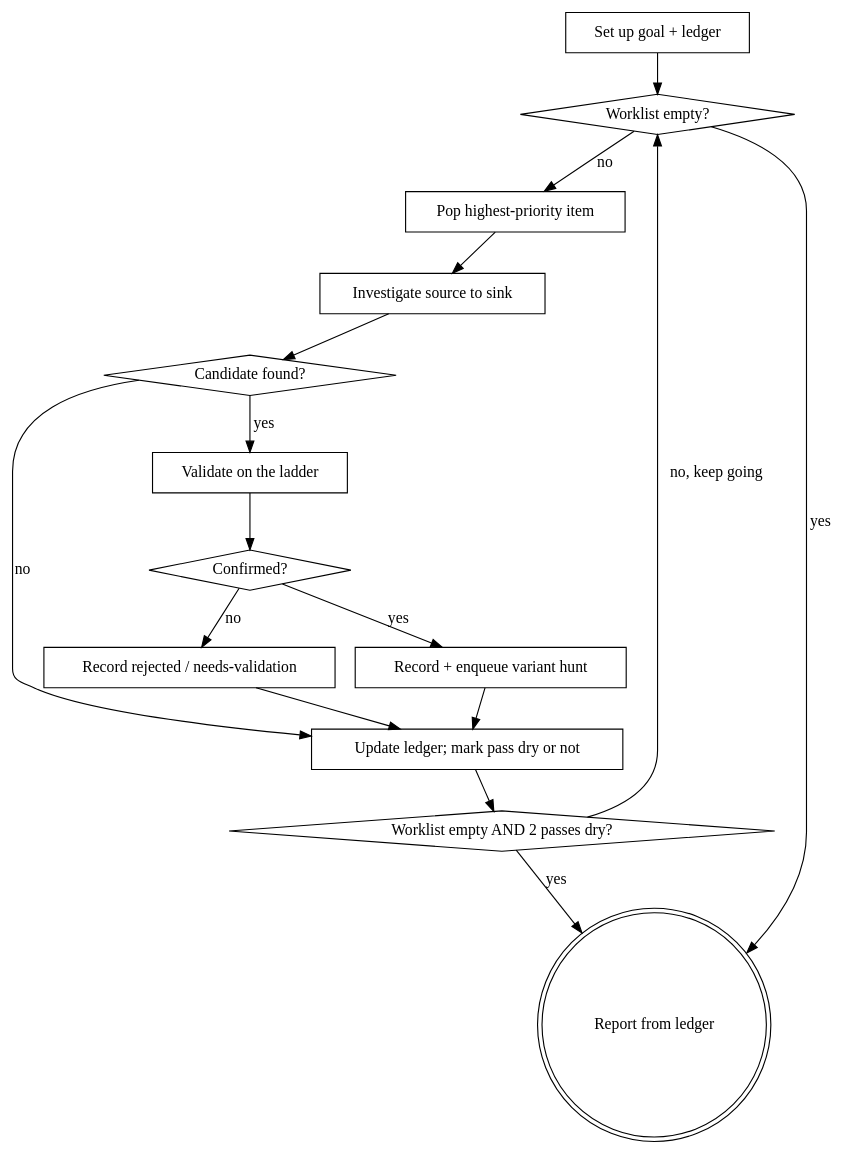
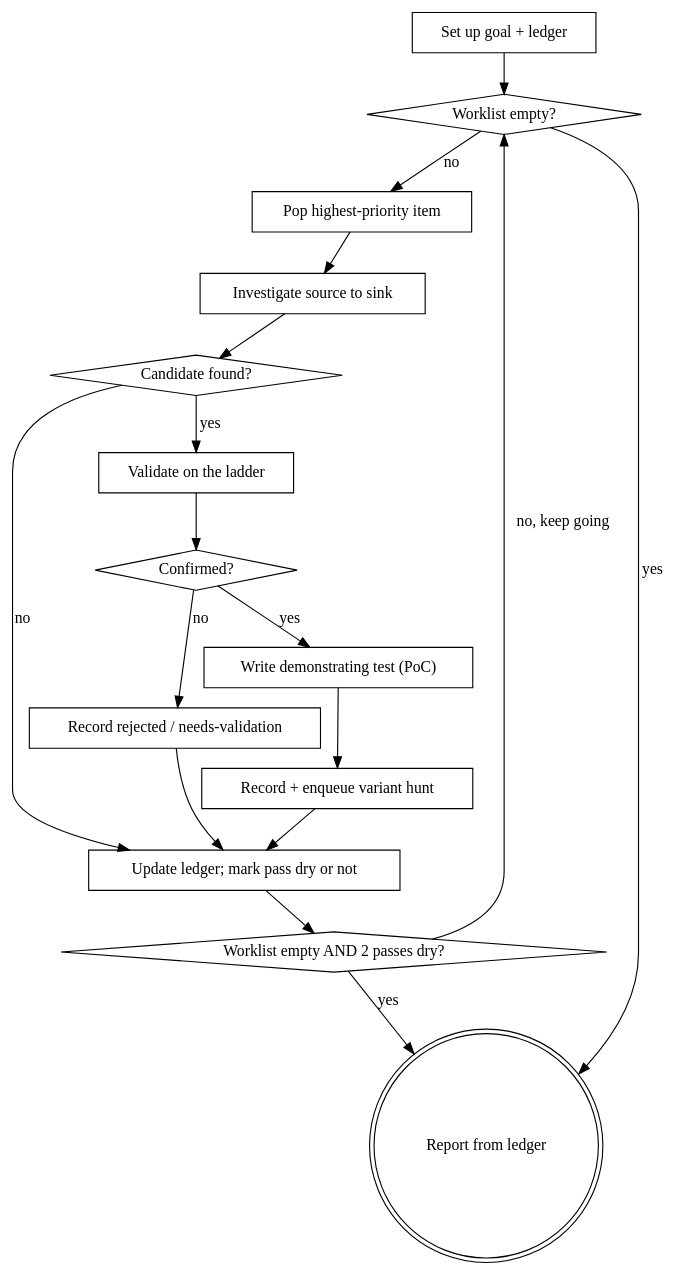
One commit to joshrendek/skills changed the diagram in security-scan/SKILL.md. Above: the diagram before and after it, drawn with Graphviz. The commit also changed other lines of this file and 2 other files, not shown here.

First line of the commit message:
security-scan: require a demonstrating test (PoC) per finding

````diff
--- a/security-scan/SKILL.md
+++ b/security-scan/SKILL.md
@@ -23,32 +25,34 @@
 ```dot
 digraph scan_loop {
   "Set up goal + ledger" [shape=box];
   "Worklist empty?" [shape=diamond];
   "Pop highest-priority item" [shape=box];
   "Investigate source to sink" [shape=box];
   "Candidate found?" [shape=diamond];
   "Validate on the ladder" [shape=box];
   "Confirmed?" [shape=diamond];
+  "Write demonstrating test (PoC)" [shape=box];
   "Record + enqueue variant hunt" [shape=box];
   "Record rejected / needs-validation" [shape=box];
   "Update ledger; mark pass dry or not" [shape=box];
   "Worklist empty AND 2 passes dry?" [shape=diamond];
   "Report from ledger" [shape=doublecircle];
 
   "Set up goal + ledger" -> "Worklist empty?";
   "Worklist empty?" -> "Pop highest-priority item" [label="no"];
   "Worklist empty?" -> "Report from ledger" [label="yes"];
   "Pop highest-priority item" -> "Investigate source to sink";
   "Investigate source to sink" -> "Candidate found?";
   "Candidate found?" -> "Validate on the ladder" [label="yes"];
   "Candidate found?" -> "Update ledger; mark pass dry or not" [label="no"];
   "Validate on the ladder" -> "Confirmed?";
-  "Confirmed?" -> "Record + enqueue variant hunt" [label="yes"];
+  "Confirmed?" -> "Write demonstrating test (PoC)" [label="yes"];
   "Confirmed?" -> "Record rejected / needs-validation" [label="no"];
+  "Write demonstrating test (PoC)" -> "Record + enqueue variant hunt";
   "Record + enqueue variant hunt" -> "Update ledger; mark pass dry or not";
   "Record rejected / needs-validation" -> "Update ledger; mark pass dry or not";
   "Update ledger; mark pass dry or not" -> "Worklist empty AND 2 passes dry?";
   "Worklist empty AND 2 passes dry?" -> "Worklist empty?" [label="no, keep going"];
   "Worklist empty AND 2 passes dry?" -> "Report from ledger" [label="yes"];
 }
 ```
````
